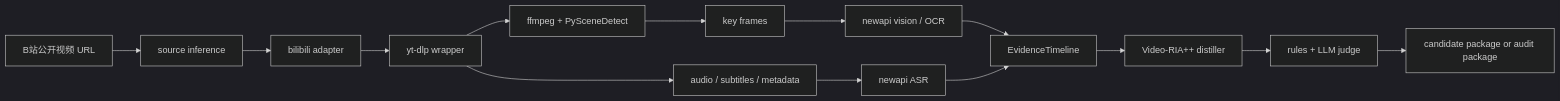
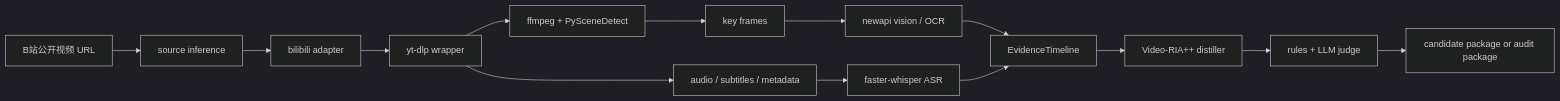
One commit to ParaNoite/Skill_seargen changed the diagram in video-skill-gather-v0.1-plan.md. Above: the diagram before and after it, drawn with Mermaid (dark theme). The commit also changed other lines of this file and 41 other files, not shown here.

````diff
--- a/video-skill-gather-v0.1-plan.md
+++ b/video-skill-gather-v0.1-plan.md
@@ -79,16 +79,16 @@
 ```mermaid
 flowchart LR
   A["B站公开视频 URL"] --> B["source inference"]
   B --> C["bilibili adapter"]
   C --> D["yt-dlp wrapper"]
   D --> E["ffmpeg + PySceneDetect"]
   E --> F["key frames"]
   D --> G["audio / subtitles / metadata"]
   F --> H["newapi vision / OCR"]
-  G --> I["newapi ASR"]
+  G --> I["faster-whisper ASR"]
   H --> J["EvidenceTimeline"]
   I --> J
   J --> K["Video-RIA++ distiller"]
   K --> L["rules + LLM judge"]
   L --> M["candidate package or audit package"]
 ```
````
